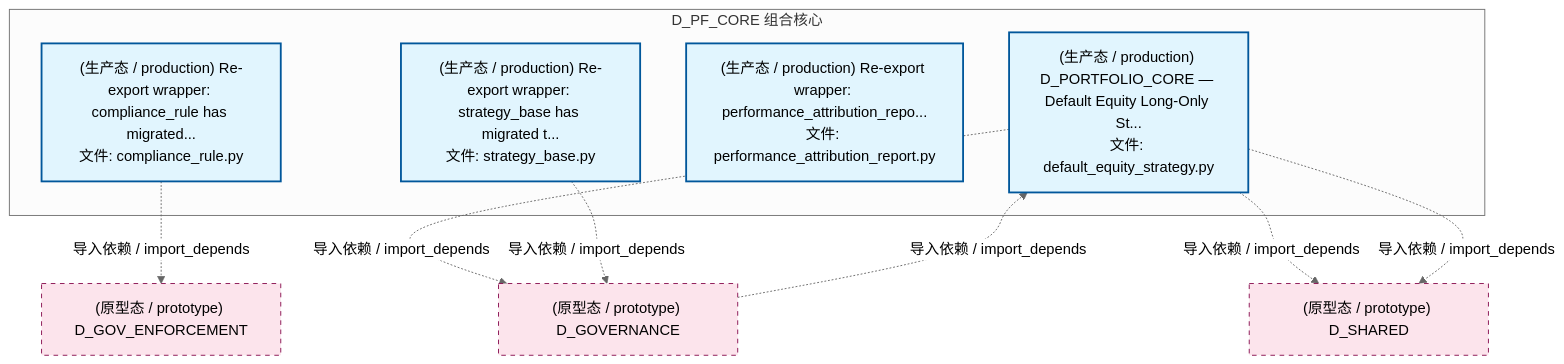
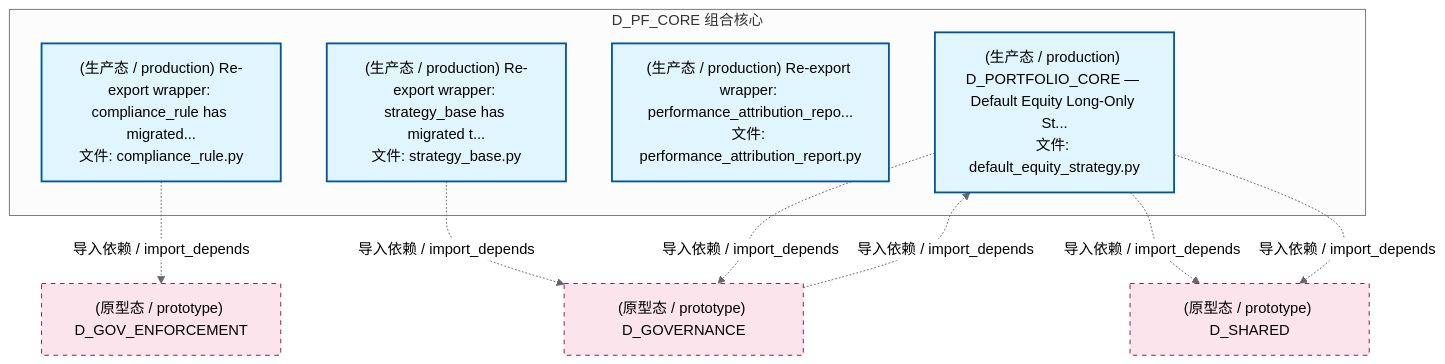
The second of 4 diagrams in docs/02_enterprise_architecture/02_domain_architecture_docs/44_d_pf_core.md (xuanFelixVan/ZephyrAlpha), drawn with Mermaid (neutral theme) before and after one commit. The commit also changed other lines of this file and 100 other files, not shown here.

````diff
--- a/docs/02_enterprise_architecture/02_domain_architecture_docs/44_d_pf_core.md
+++ b/docs/02_enterprise_architecture/02_domain_architecture_docs/44_d_pf_core.md
@@ -121,24 +121,24 @@
 ```mermaid
 graph TD
     subgraph D_PF_CORE["D_PF_CORE 组合核心"]
         src_zephyr_pf_core_compliance_rule_py["(生产态 / production) Re-export wrapper: compliance_rule has migrated...<br/>文件: compliance_rule.py"]
         src_zephyr_pf_core_default_equity_strategy_py["(生产态 / production) D_PORTFOLIO_CORE — Default Equity Long-Only St...<br/>文件: default_equity_strategy.py"]
         src_zephyr_pf_core_performance_attribution_report_py["(生产态 / production) Re-export wrapper: performance_attribution_repo...<br/>文件: performance_attribution_report.py"]
         src_zephyr_pf_core_strategy_base_py["(生产态 / production) Re-export wrapper: strategy_base has migrated t...<br/>文件: strategy_base.py"]
     end
+    D_GOVERNANCE["(原型态 / prototype) D_GOVERNANCE"]
+    src_zephyr_pf_core_strategy_base_py -.->|导入依赖 / import_depends| D_GOVERNANCE
     D_GOV_ENFORCEMENT["(原型态 / prototype) D_GOV_ENFORCEMENT"]
     src_zephyr_pf_core_compliance_rule_py -.->|导入依赖 / import_depends| D_GOV_ENFORCEMENT
-    D_GOVERNANCE["(原型态 / prototype) D_GOVERNANCE"]
     src_zephyr_pf_core_default_equity_strategy_py -.->|导入依赖 / import_depends| D_GOVERNANCE
     D_SHARED["(原型态 / prototype) D_SHARED"]
     src_zephyr_pf_core_default_equity_strategy_py -.->|导入依赖 / import_depends| D_SHARED
     src_zephyr_pf_core_default_equity_strategy_py -.->|导入依赖 / import_depends| D_SHARED
-    src_zephyr_pf_core_strategy_base_py -.->|导入依赖 / import_depends| D_GOVERNANCE
     D_GOVERNANCE -.->|导入依赖 / import_depends| src_zephyr_pf_core_default_equity_strategy_py
     classDef production fill:#e1f5fe,stroke:#01579b,stroke-width:2px,color:#000
     classDef design fill:#fff3e0,stroke:#e65100,stroke-width:2px,color:#000,stroke-dasharray: 5 5
     classDef external_prod fill:#e8f5e9,stroke:#1b5e20,stroke-width:1px,color:#000
     classDef external_design fill:#fce4ec,stroke:#880e4f,stroke-width:1px,color:#000,stroke-dasharray: 5 5
     class src_zephyr_pf_core_compliance_rule_py,src_zephyr_pf_core_default_equity_strategy_py,src_zephyr_pf_core_performance_attribution_report_py,src_zephyr_pf_core_strategy_base_py production
-    class D_GOV_ENFORCEMENT,D_GOVERNANCE,D_SHARED external_design
+    class D_GOVERNANCE,D_GOV_ENFORCEMENT,D_SHARED external_design
 ```
````
